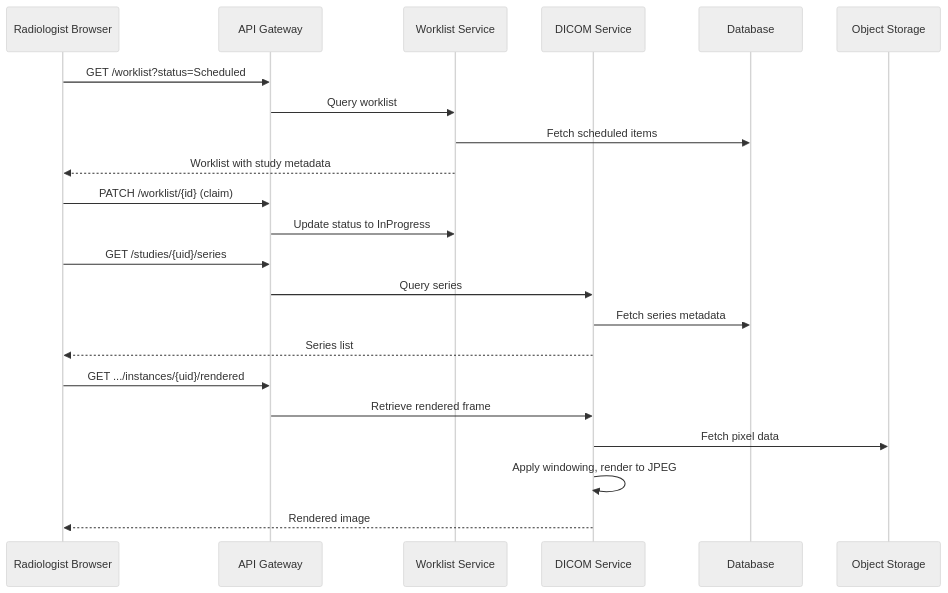
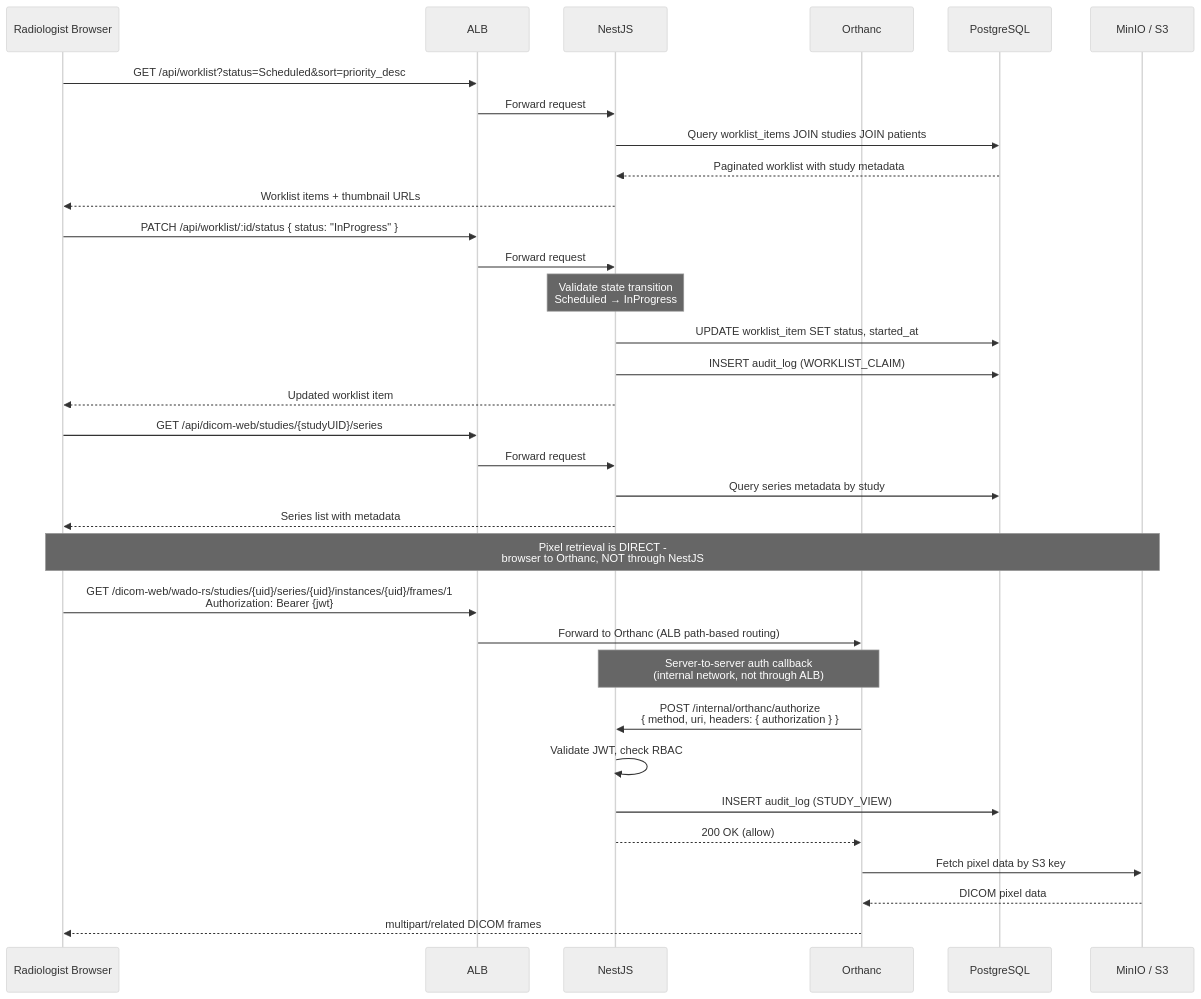
The fourth of 8 diagrams in templates/ARCHITECTURE.md (whonoahexe/radvault-pacs), drawn with Mermaid (neutral theme) before and after one commit. The commit also changed other lines of this file and 1 other file, not shown here.

````diff
--- a/templates/ARCHITECTURE.md
+++ b/templates/ARCHITECTURE.md
@@ -193,29 +301,42 @@
 ```mermaid
 sequenceDiagram
-    %% REPLACE with your actual flow
     participant R as Radiologist Browser
-    participant API as API Gateway
-    participant WS as Worklist Service
-    participant DS as DICOM Service
-    participant DB as Database
-    participant S3 as Object Storage
+    participant ALB as ALB
+    participant NestJS as NestJS
+    participant Orthanc as Orthanc
+    participant PG as PostgreSQL
+    participant MinIO as MinIO / S3
 
-    R->>API: GET /worklist?status=Scheduled
-    API->>WS: Query worklist
-    WS->>DB: Fetch scheduled items
-    WS-->>R: Worklist with study metadata
+    R->>ALB: GET /api/worklist?status=Scheduled&sort=priority_desc
+    ALB->>NestJS: Forward request
+    NestJS->>PG: Query worklist_items JOIN studies JOIN patients
+    PG-->>NestJS: Paginated worklist with study metadata
+    NestJS-->>R: Worklist items + thumbnail URLs
 
-    R->>API: PATCH /worklist/{id} (claim)
-    API->>WS: Update status to InProgress
+    R->>ALB: PATCH /api/worklist/:id/status { status: "InProgress" }
+    ALB->>NestJS: Forward request
+    Note over NestJS: Validate state transition<br/>Scheduled → InProgress
+    NestJS->>PG: UPDATE worklist_item SET status, started_at
+    NestJS->>PG: INSERT audit_log (WORKLIST_CLAIM)
+    NestJS-->>R: Updated worklist item
 
-    R->>API: GET /studies/{uid}/series
-    API->>DS: Query series
-    DS->>DB: Fetch series metadata
-    DS-->>R: Series list
+    R->>ALB: GET /api/dicom-web/studies/{studyUID}/series
+    ALB->>NestJS: Forward request
+    NestJS->>PG: Query series metadata by study
+    NestJS-->>R: Series list with metadata
 
-    R->>API: GET .../instances/{uid}/rendered
-    API->>DS: Retrieve rendered frame
-    DS->>S3: Fetch pixel data
-    DS->>DS: Apply windowing, render to JPEG
-    DS-->>R: Rendered image
+    Note over R,MinIO: Pixel retrieval is DIRECT -<br/>browser to Orthanc, NOT through NestJS
+
+    R->>ALB: GET /dicom-web/wado-rs/studies/{uid}/series/{uid}/instances/{uid}/frames/1<br/>Authorization: Bearer {jwt}
+    ALB->>Orthanc: Forward to Orthanc (ALB path-based routing)
+
+    Note over Orthanc,NestJS: Server-to-server auth callback<br/>(internal network, not through ALB)
+    Orthanc->>NestJS: POST /internal/orthanc/authorize<br/>{ method, uri, headers: { authorization } }
+    NestJS->>NestJS: Validate JWT, check RBAC
+    NestJS->>PG: INSERT audit_log (STUDY_VIEW)
+    NestJS-->>Orthanc: 200 OK (allow)
+
+    Orthanc->>MinIO: Fetch pixel data by S3 key
+    MinIO-->>Orthanc: DICOM pixel data
+    Orthanc-->>R: multipart/related DICOM frames
 ```
````
